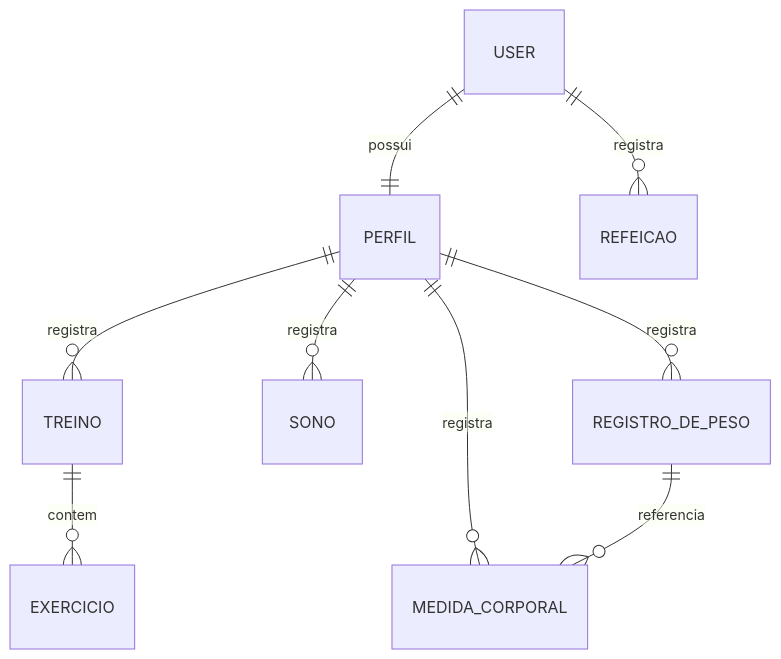
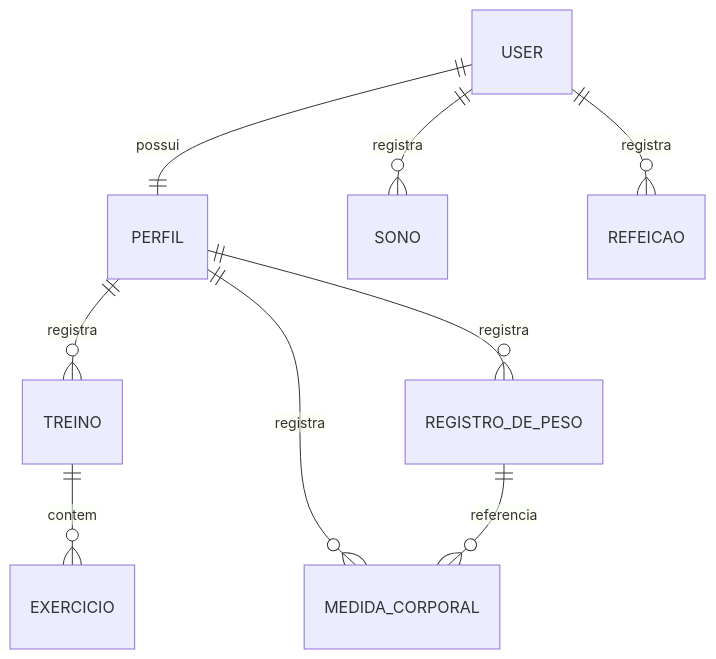
The diagram in docs/domain-model.md (licciardicarol/Pulse-Projeto), drawn with Mermaid before and after one commit. The commit also changed other lines of this file and 37 other files, not shown here.

````diff
--- a/docs/domain-model.md
+++ b/docs/domain-model.md
@@ -227,11 +235,11 @@
 ```mermaid
 erDiagram
     USER ||--|| PERFIL : possui
     PERFIL ||--o{ TREINO : registra
     TREINO ||--o{ EXERCICIO : contem
-    PERFIL ||--o{ SONO : registra
+    USER ||--o{ SONO : registra
     USER ||--o{ REFEICAO : registra
     PERFIL ||--o{ REGISTRO_DE_PESO : registra
     PERFIL ||--o{ MEDIDA_CORPORAL : registra
     REGISTRO_DE_PESO ||--o{ MEDIDA_CORPORAL : referencia
 ```
````
